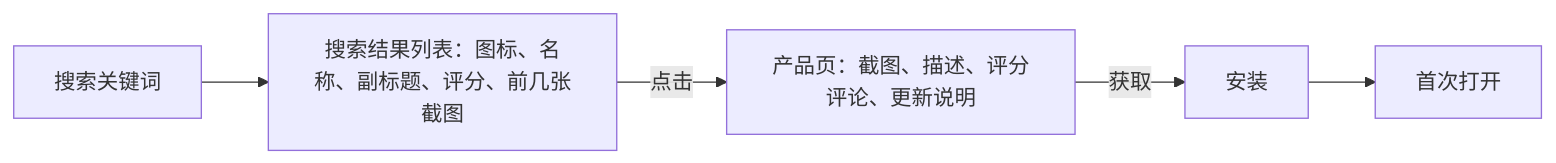
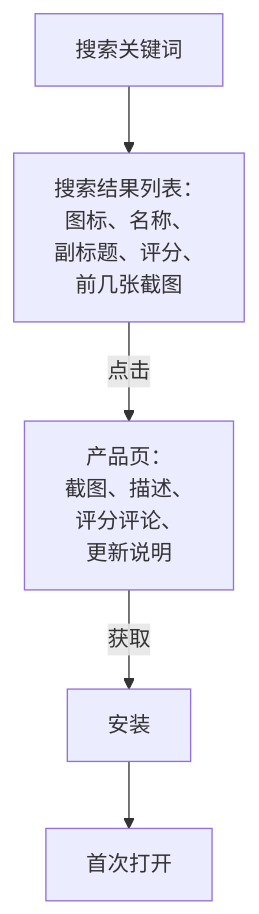
Before and after one commit to jarvis-pro/hatch-shelf: the diagram in books/growth-marketing/05-aso.md, drawn with Mermaid. The commit also changed 432 other files, not shown here.

````diff
--- a/books/growth-marketing/05-aso.md
+++ b/books/growth-marketing/05-aso.md
@@ -9,7 +9,7 @@
 ```mermaid
-flowchart LR
-  S["搜索关键词"] --> L["搜索结果列表：图标、名称、副标题、评分、前几张截图"]
-  L -->|"点击"| P["产品页：截图、描述、评分评论、更新说明"]
+flowchart TD
+  S["搜索关键词"] --> L["搜索结果列表：<br/>图标、名称、<br/>副标题、评分、<br/>前几张截图"]
+  L -->|"点击"| P["产品页：<br/>截图、描述、<br/>评分评论、<br/>更新说明"]
   P -->|"获取"| I["安装"]
   I --> O["首次打开"]
 ```
````
